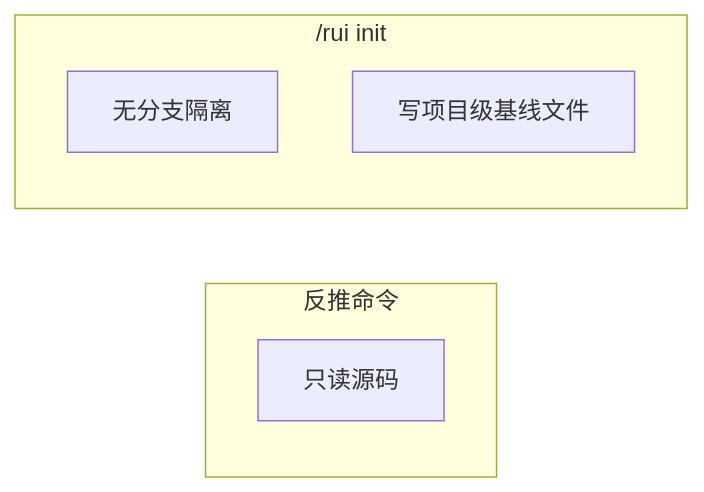
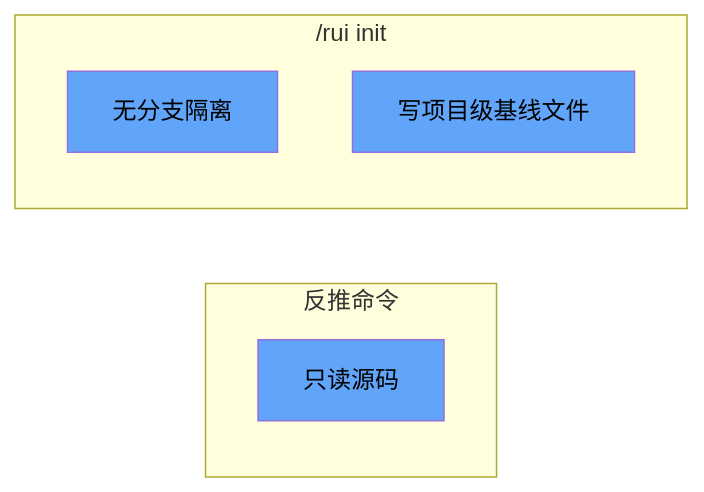
Before and after one commit to effiy/YrY: the seventh of 9 diagrams in rules/code-pipeline.md, drawn with Mermaid. The commit also changed other lines of this file and 341 other files, not shown here.

````diff
--- a/rules/code-pipeline.md
+++ b/rules/code-pipeline.md
@@ -236,13 +242,12 @@
 ```mermaid
 flowchart LR
     subgraph 反推["反推命令"]
-        direction TB
         E2["只读源码"]:::ex
     end
     subgraph init["/rui init"]
         E3["无分支隔离"]:::ex
         E4["写项目级基线文件"]:::ex
     end
 
-
+    classDef ex fill:#60a5fa,color:#000
 ```
````
